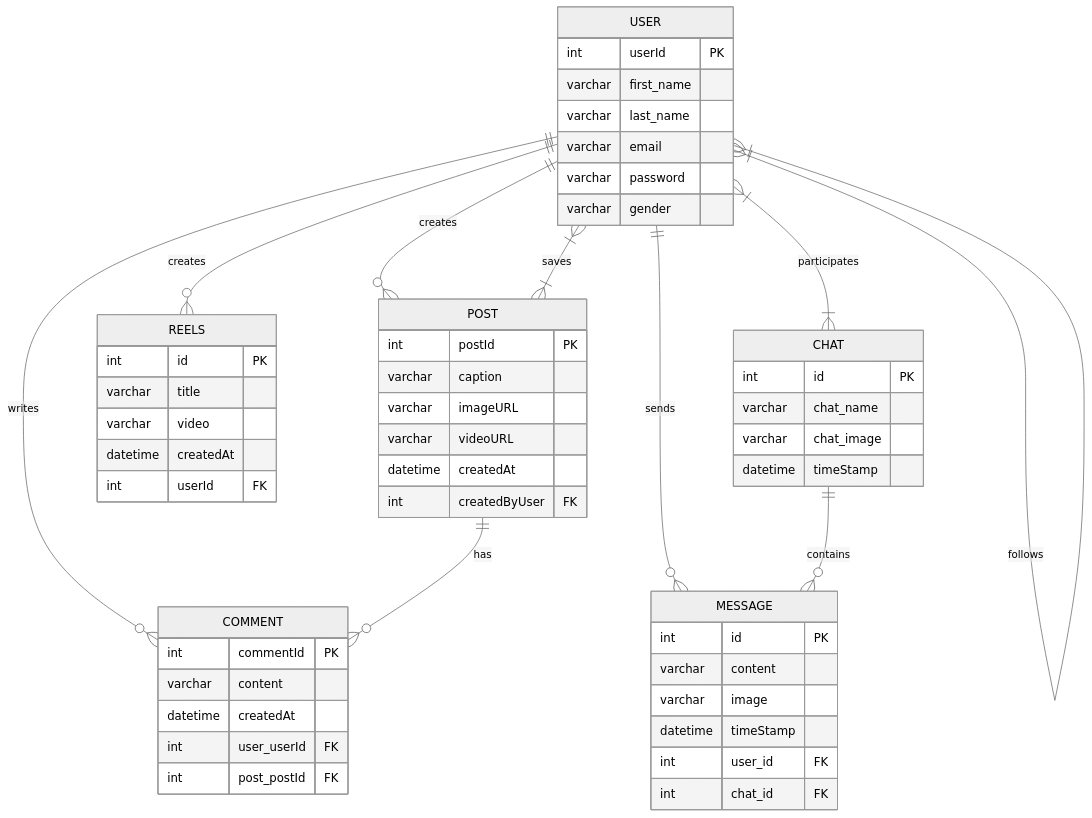
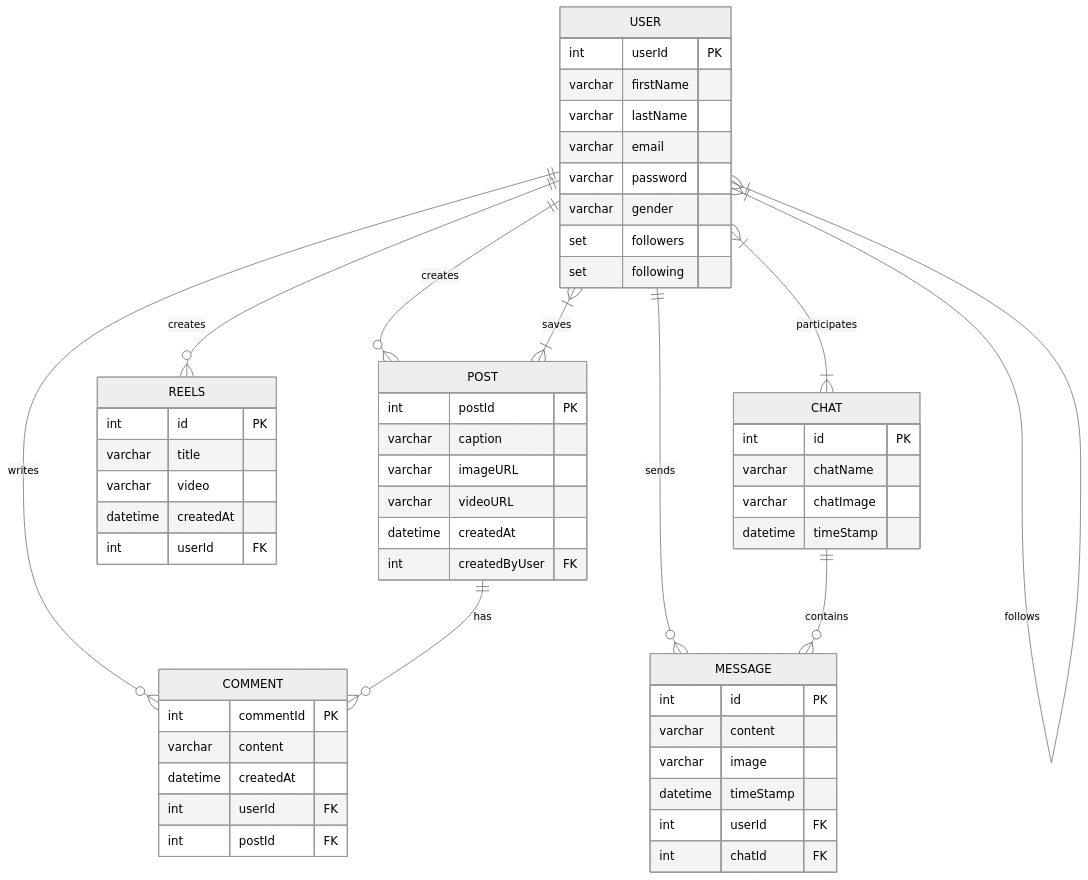
The diagram in README.md (dark7462/Nexus), drawn with Mermaid (neutral theme) before and after one commit. The commit also changed other lines of this file and 3 other files, not shown here.

````diff
--- a/README.md
+++ b/README.md
@@ -82,62 +48,64 @@
 ```mermaid
 erDiagram
     USER ||--o{ POST : creates
     USER ||--o{ COMMENT : writes
     USER ||--o{ REELS : creates
     USER }|--|{ CHAT : participates
     USER ||--o{ MESSAGE : sends
     POST ||--o{ COMMENT : has
     CHAT ||--o{ MESSAGE : contains
     USER }|--|{ POST : saves
     USER }|--|{ USER : follows
 
     USER {
         int userId PK
-        varchar first_name
-        varchar last_name
+        varchar firstName
+        varchar lastName
         varchar email
         varchar password
         varchar gender
+        set followers
+        set following
     }
 
     POST {
         int postId PK
         varchar caption
         varchar imageURL
         varchar videoURL
         datetime createdAt
         int createdByUser FK
     }
 
     COMMENT {
         int commentId PK
         varchar content
         datetime createdAt
-        int user_userId FK
-        int post_postId FK
+        int userId FK
+        int postId FK
     }
 
     REELS {
         int id PK
         varchar title
         varchar video
         datetime createdAt
         int userId FK
     }
 
     CHAT {
         int id PK
-        varchar chat_name
-        varchar chat_image
+        varchar chatName
+        varchar chatImage
         datetime timeStamp
     }
 
     MESSAGE {
         int id PK
         varchar content
         varchar image
         datetime timeStamp
-        int user_id FK
-        int chat_id FK
+        int userId FK
+        int chatId FK
     }
 ```
````
